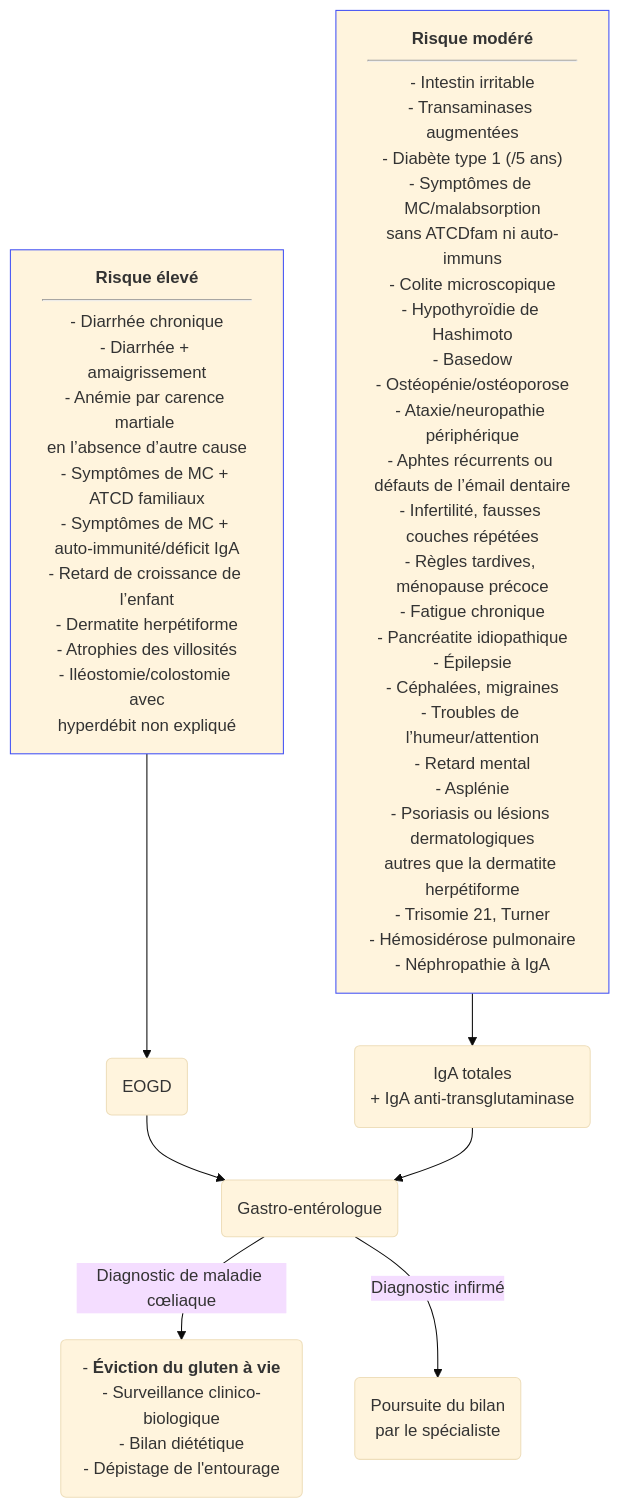
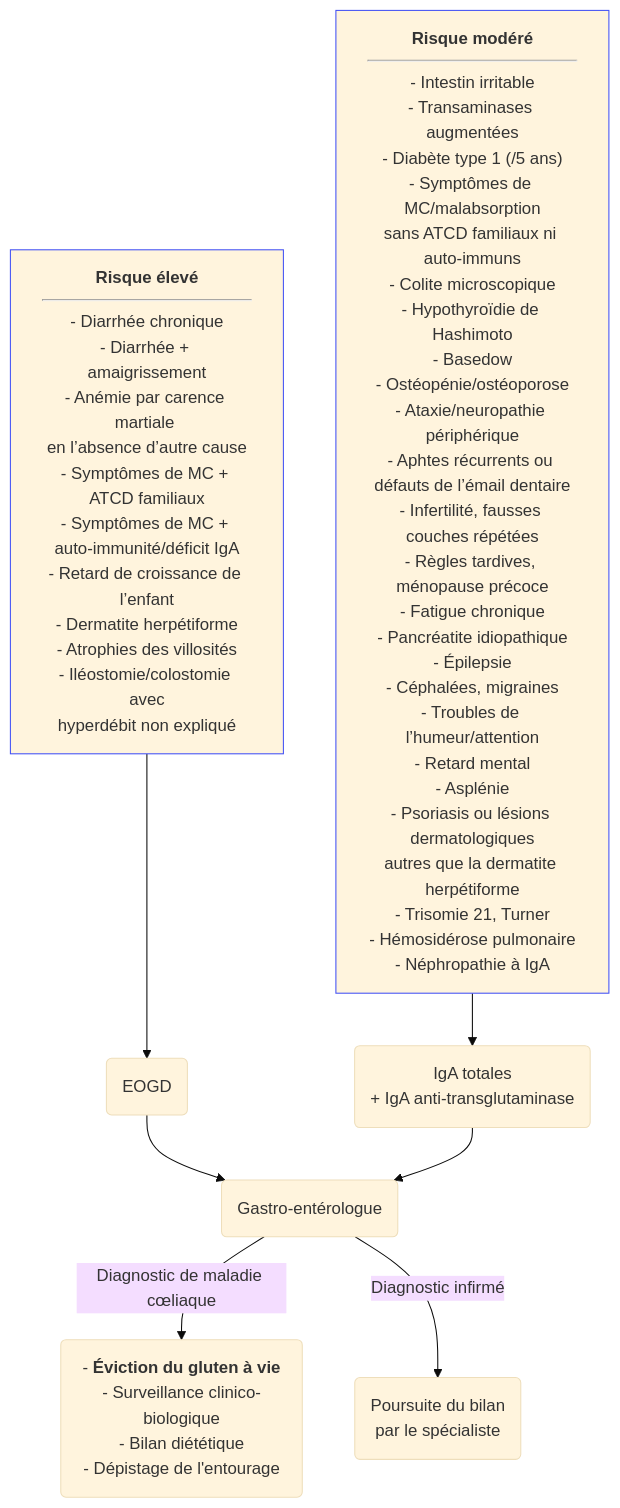
The diagram in content/recommandations/maladie-coeliaque.md (djibe/recommandations-medicales), drawn with Mermaid (base theme) before and after one commit. The commit also changed other lines of this file, not shown here.

```diff
--- a/content/recommandations/maladie-coeliaque.md
+++ b/content/recommandations/maladie-coeliaque.md
@@ -272,10 +280,10 @@
 {{< mermaid title="Conduite à tenir en cas de suspicion de maladie cœliaque. Dr JB FRON d'après EssCD 2019" >}}
 graph TB
   symptomatique["<b>Risque élevé</b><hr>- Diarrhée chronique<br>- Diarrhée + amaigrissement<br>- Anémie par carence martiale <br>en l’absence d’autre cause<br>- Symptômes de MC + ATCD familiaux<br>- Symptômes de MC + auto-immunité/déficit IgA<br>- Retard de croissance de l’enfant<br>- Dermatite herpétiforme<br>- Atrophies des villosités<br>- Iléostomie/colostomie avec<br>hyperdébit non expliqué"] --> EOGD(EOGD) --> gastro
   style symptomatique stroke:#4150f5, stroke-width:1px
-  personneARisque["<b>Risque modéré</b><hr>- Intestin irritable<br>- Transaminases augmentées<br>- Diabète type 1 (/5 ans)<br>- Symptômes de MC/malabsorption<br>sans ATCDfam ni auto-immuns<br>- Colite microscopique<br>- Hypothyroïdie de Hashimoto<br>- Basedow<br>- Ostéopénie/ostéoporose<br>- Ataxie/neuropathie périphérique<br>- Aphtes récurrents ou défauts de l’émail dentaire<br>- Infertilité, fausses couches répétées<br>- Règles tardives, ménopause précoce<br>- Fatigue chronique<br>- Pancréatite idiopathique<br>- Épilepsie<br>- Céphalées, migraines<br>- Troubles de l’humeur/attention<br>- Retard mental<br>- Asplénie<br>- Psoriasis ou lésions dermatologiques<br>autres que la dermatite herpétiforme<br>- Trisomie 21, Turner<br>- Hémosidérose pulmonaire<br>- Néphropathie à IgA"] --> serologie("IgA totales<br>+ IgA anti-transglutaminase") --> gastro
+  personneARisque["<b>Risque modéré</b><hr>- Intestin irritable<br>- Transaminases augmentées<br>- Diabète type 1 (/5 ans)<br>- Symptômes de MC/malabsorption<br>sans ATCD familiaux ni auto-immuns<br>- Colite microscopique<br>- Hypothyroïdie de Hashimoto<br>- Basedow<br>- Ostéopénie/ostéoporose<br>- Ataxie/neuropathie périphérique<br>- Aphtes récurrents ou défauts de l’émail dentaire<br>- Infertilité, fausses couches répétées<br>- Règles tardives, ménopause précoce<br>- Fatigue chronique<br>- Pancréatite idiopathique<br>- Épilepsie<br>- Céphalées, migraines<br>- Troubles de l’humeur/attention<br>- Retard mental<br>- Asplénie<br>- Psoriasis ou lésions dermatologiques<br>autres que la dermatite herpétiforme<br>- Trisomie 21, Turner<br>- Hémosidérose pulmonaire<br>- Néphropathie à IgA"] --> serologie("IgA totales<br>+ IgA anti-transglutaminase") --> gastro
   style personneARisque stroke:#4150f5, stroke-width:1px
       gastro(Gastro-entérologue)
       gastro --"Diagnostic de maladie cœliaque"--> traitement("- <b>Éviction du gluten à vie</b><br>- Surveillance clinico-biologique<br>- Bilan diététique<br>- Dépistage de l'entourage")
       gastro -- Diagnostic infirmé --> explo("Poursuite du bilan<br>par le spécialiste")
 {{< /mermaid >}}
```
